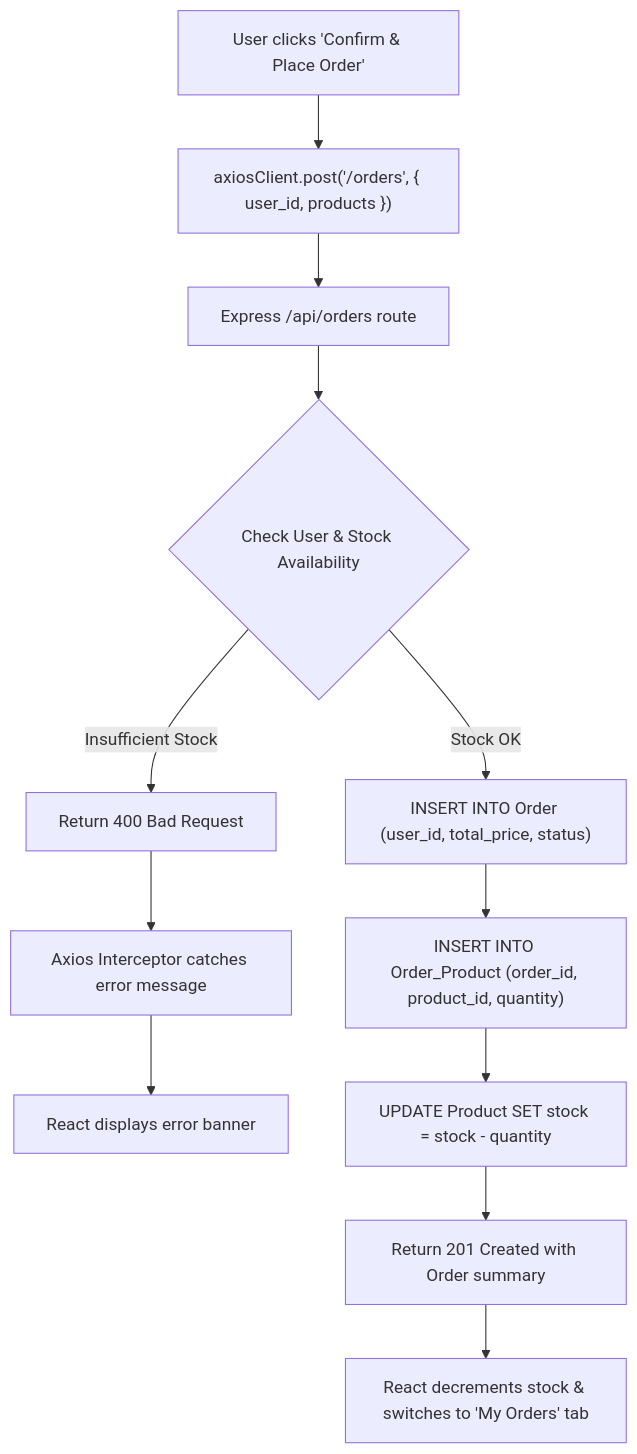
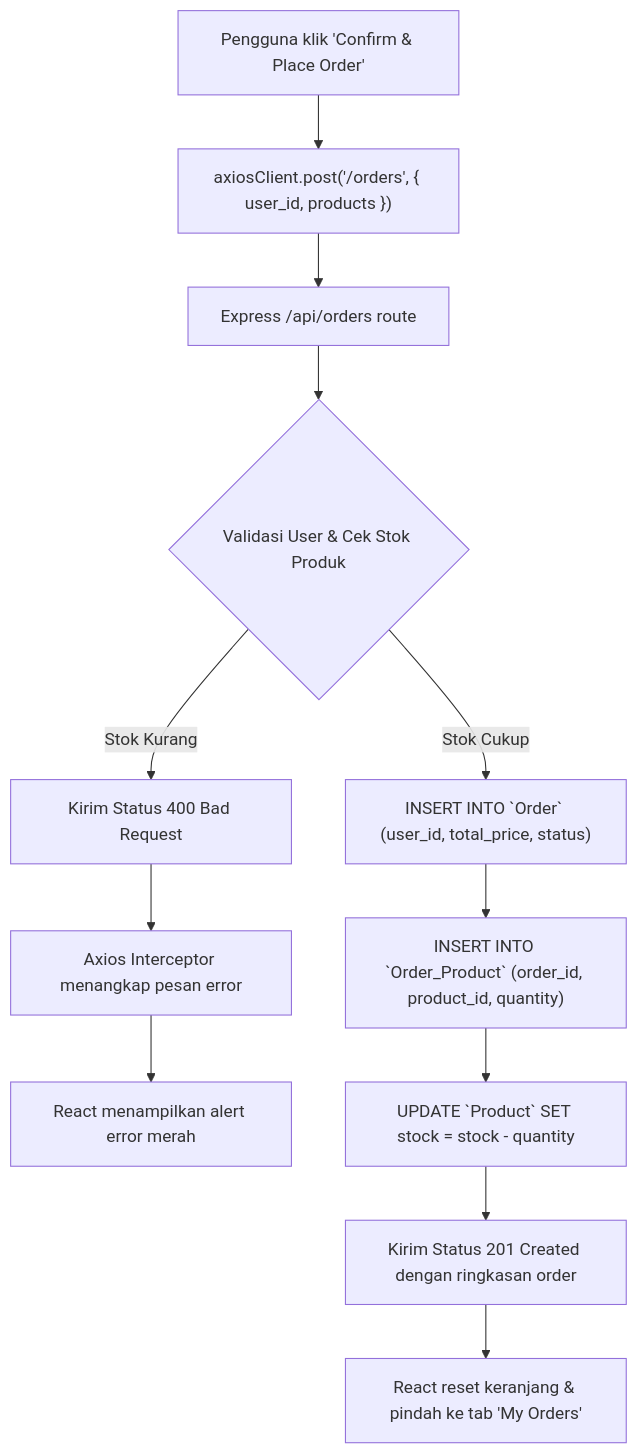
Before and after one commit to okta2510/react-axios: the second of 2 diagrams in flow-sample-axios-call.md, drawn with Mermaid. The commit also changed other lines of this file, not shown here.

Commit message:
feat: Revise Axios call guide with comprehensive flow and architecture details in Indonesian

````diff
--- a/flow-sample-axios-call.md
+++ b/flow-sample-axios-call.md
@@ -193,14 +198,14 @@
 ```mermaid
 flowchart TD
-    A["User clicks 'Confirm & Place Order'"] --> B["axiosClient.post('/orders', { user_id, products })"]
+    A["Pengguna klik 'Confirm & Place Order'"] --> B["axiosClient.post('/orders', { user_id, products })"]
     B --> C["Express /api/orders route"]
-    C --> D{"Check User & Stock Availability"}
-    D -- Insufficient Stock --> E["Return 400 Bad Request"]
-    E --> F["Axios Interceptor catches error message"]
-    F --> G["React displays error banner"]
-    D -- Stock OK --> H["INSERT INTO Order (user_id, total_price, status)"]
-    H --> I["INSERT INTO Order_Product (order_id, product_id, quantity)"]
-    I --> J["UPDATE Product SET stock = stock - quantity"]
-    J --> K["Return 201 Created with Order summary"]
-    K --> L["React decrements stock & switches to 'My Orders' tab"]
+    C --> D{"Validasi User & Cek Stok Produk"}
+    D -- Stok Kurang --> E["Kirim Status 400 Bad Request"]
+    E --> F["Axios Interceptor menangkap pesan error"]
+    F --> G["React menampilkan alert error merah"]
+    D -- Stok Cukup --> H["INSERT INTO `Order` (user_id, total_price, status)"]
+    H --> I["INSERT INTO `Order_Product` (order_id, product_id, quantity)"]
+    I --> J["UPDATE `Product` SET stock = stock - quantity"]
+    J --> K["Kirim Status 201 Created dengan ringkasan order"]
+    K --> L["React reset keranjang & pindah ke tab 'My Orders'"]
 ```
````
